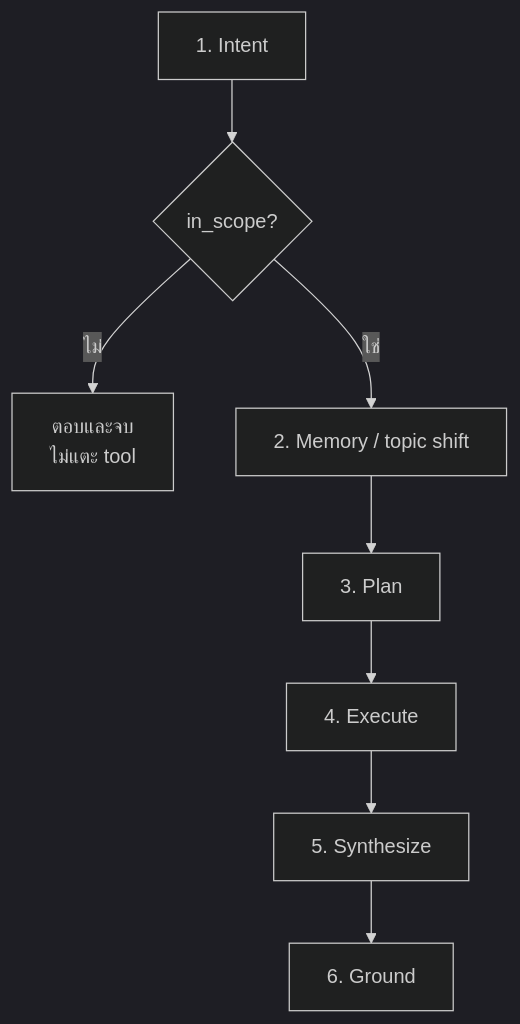
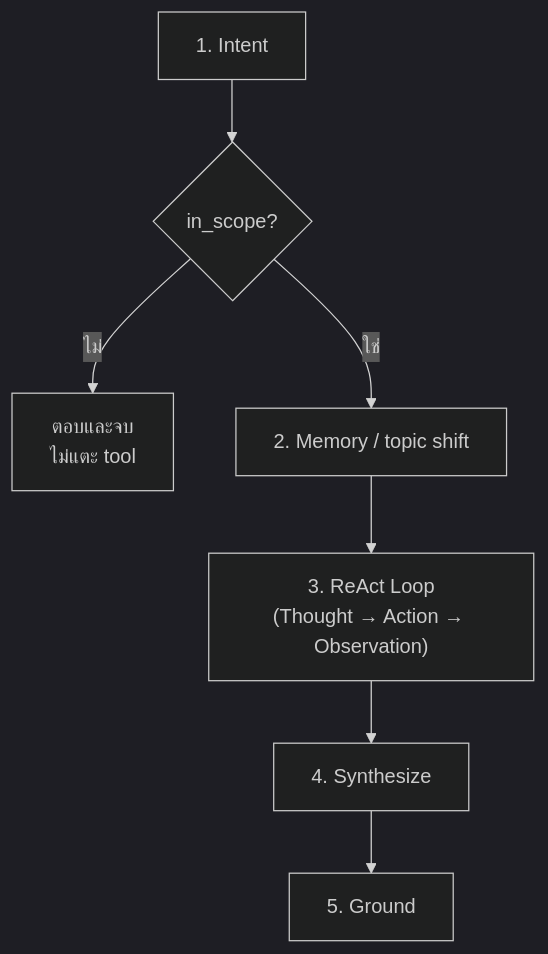
The second of 2 diagrams in INSTRUCTIONS/day3/06-workshop3b-agent-api.md (LLM-CE-KMITL/mcp-workshop), drawn with Mermaid (dark theme) before and after one commit. The commit also changed other lines of this file and 38 other files, not shown here.

````diff
--- a/INSTRUCTIONS/day3/06-workshop3b-agent-api.md
+++ b/INSTRUCTIONS/day3/06-workshop3b-agent-api.md
@@ -99,10 +99,9 @@
 ```mermaid
 flowchart TD
     A["1. Intent"] --> B{"in_scope?"}
     B -->|ไม่| END["ตอบและจบ<br/>ไม่แตะ tool"]
     B -->|ใช่| C["2. Memory / topic shift"]
-    C --> D["3. Plan"]
-    D --> E["4. Execute"]
-    E --> F["5. Synthesize"]
-    F --> G["6. Ground"]
+    C --> D["3. ReAct Loop<br/>(Thought → Action → Observation)"]
+    D --> F["4. Synthesize"]
+    F --> G["5. Ground"]
 ```
````
